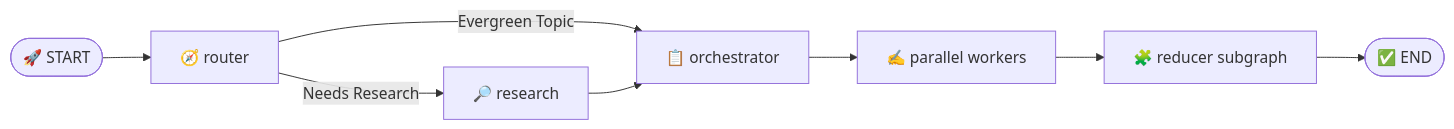
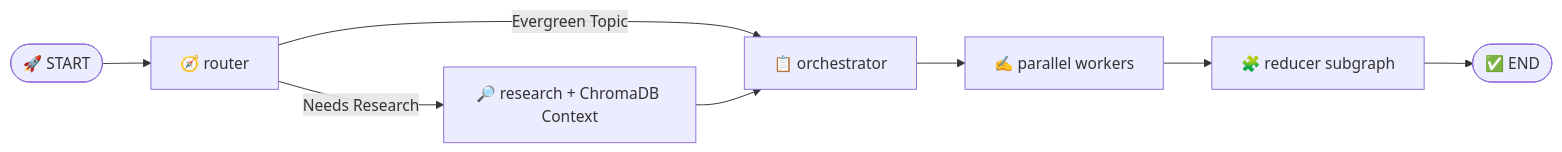
One commit to jeetsinghbhati7773/blog-writing-multi-agent changed the second of 2 diagrams in README.md. Above: the diagram before and after it, drawn with Mermaid. The commit also changed other lines of this file and 22 other files, not shown here.

````diff
--- a/README.md
+++ b/README.md
@@ -47,10 +40,10 @@
 ```mermaid
 graph LR
     START([🚀 START]) --> Router[🧭 router]
-    Router -- Needs Research --> Research[🔎 research]
+    Router -- Needs Research --> Research[🔎 research + ChromaDB Context]
     Router -- Evergreen Topic --> Orchestrator[📋 orchestrator]
     Research --> Orchestrator
     Orchestrator --> Worker[✍️ parallel workers]
     Worker --> Reducer[🧩 reducer subgraph]
     Reducer --> END([✅ END])
 ```
````
